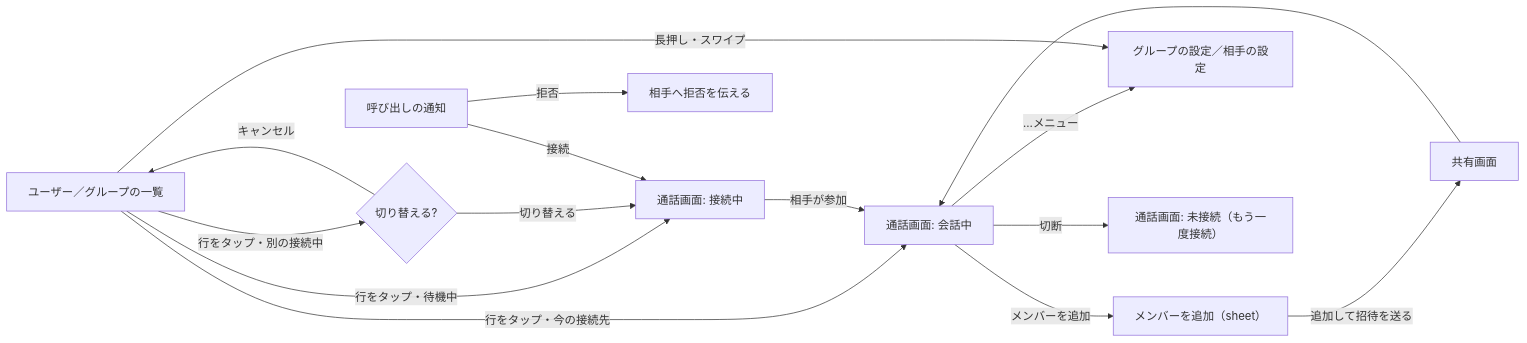
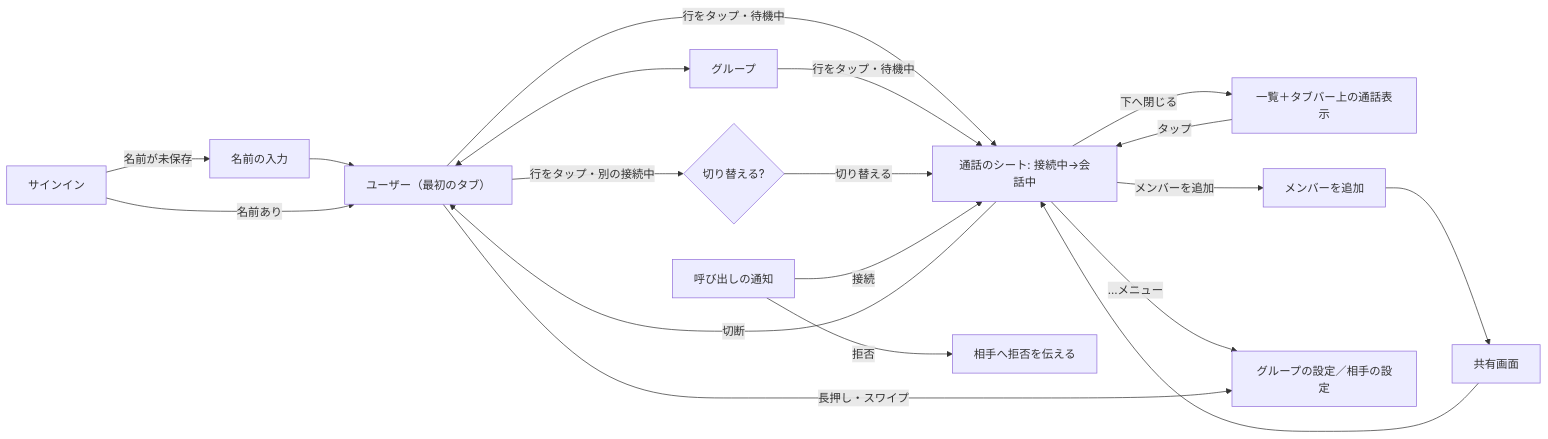
Before and after one commit to eroccowaruico/RideIntercom: the diagram in docs/design/操作の流れ.md, drawn with Mermaid. The commit also changed other lines of this file and 5 other files, not shown here.

````diff
--- a/docs/design/操作の流れ.md
+++ b/docs/design/操作の流れ.md
@@ -31,15 +36,18 @@
 ```mermaid
 flowchart LR
-    List[ユーザー／グループの一覧] -- 行をタップ・待機中 --> Connecting[通話画面: 接続中]
-    List -- 行をタップ・別の接続中 --> Confirm{切り替える?}
-    Confirm -- 切り替える --> Connecting
-    Confirm -- キャンセル --> List
-    List -- 行をタップ・今の接続先 --> InCall[通話画面: 会話中]
-    Connecting -- 相手が参加 --> InCall
-    InCall -- メンバーを追加 --> Add[メンバーを追加（sheet）] -- 追加して招待を送る --> Share[共有画面] --> InCall
-    InCall -- …メニュー --> Settings[グループの設定／相手の設定]
-    List -- 長押し・スワイプ --> Settings
-    Notice[呼び出しの通知] -- 接続 --> Connecting
+    SignIn[サインイン] -- 名前が未保存 --> Name[名前の入力] --> Users
+    SignIn -- 名前あり --> Users[ユーザー（最初のタブ）]
+    Users <--> Groups[グループ]
+    Users -- 行をタップ・待機中 --> Sheet[通話のシート: 接続中→会話中]
+    Groups -- 行をタップ・待機中 --> Sheet
+    Users -- 行をタップ・別の接続中 --> Confirm{切り替える?}
+    Confirm -- 切り替える --> Sheet
+    Sheet -- 下へ閉じる --> Accessory[一覧＋タブバー上の通話表示]
+    Accessory -- タップ --> Sheet
+    Sheet -- メンバーを追加 --> Add[メンバーを追加] --> Share[共有画面] --> Sheet
+    Sheet -- …メニュー --> Settings[グループの設定／相手の設定]
+    Users -- 長押し・スワイプ --> Settings
+    Notice[呼び出しの通知] -- 接続 --> Sheet
     Notice -- 拒否 --> Declined[相手へ拒否を伝える]
-    InCall -- 切断 --> Idle[通話画面: 未接続（もう一度接続）]
+    Sheet -- 切断 --> Users
 ```
````
